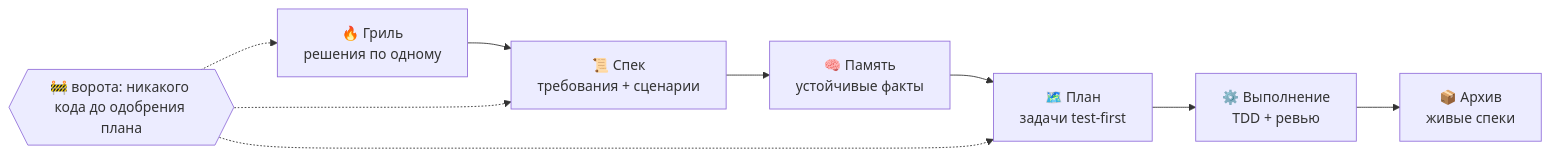
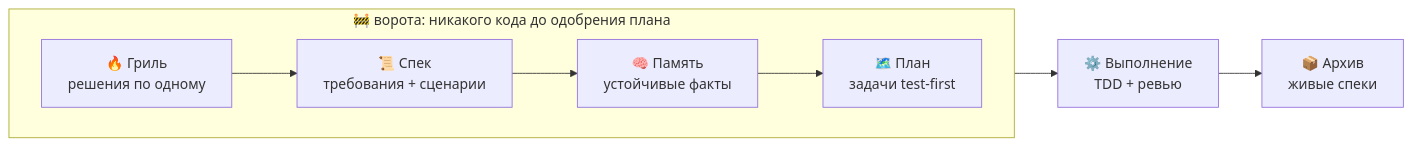
The diagram in README.ru.md (forbxpg/grillspec), drawn with Mermaid before and after one commit. The commit also changed 1 other file, not shown here.

Commit message:
docs(readme): frame the gated phases in the pipeline diagram

````diff
--- a/README.ru.md
+++ b/README.ru.md
@@ -34,9 +34,11 @@
 ```mermaid
 flowchart LR
-    G["🔥 Гриль<br/>решения по одному"] --> S["📜 Спек<br/>требования + сценарии"]
-    S --> M["🧠 Память<br/>устойчивые факты"]
-    M --> P["🗺️ План<br/>задачи test-first"]
+    subgraph gated ["🚧 ворота: никакого кода до одобрения плана"]
+        direction LR
+        G["🔥 Гриль<br/>решения по одному"] --> S["📜 Спек<br/>требования + сценарии"]
+        S --> M["🧠 Память<br/>устойчивые факты"]
+        M --> P["🗺️ План<br/>задачи test-first"]
+    end
     P --> E["⚙️ Выполнение<br/>TDD + ревью"]
     E --> A["📦 Архив<br/>живые спеки"]
-    gate{{"🚧 ворота: никакого кода до одобрения плана"}} -.-> G & S & P
 ```
````
